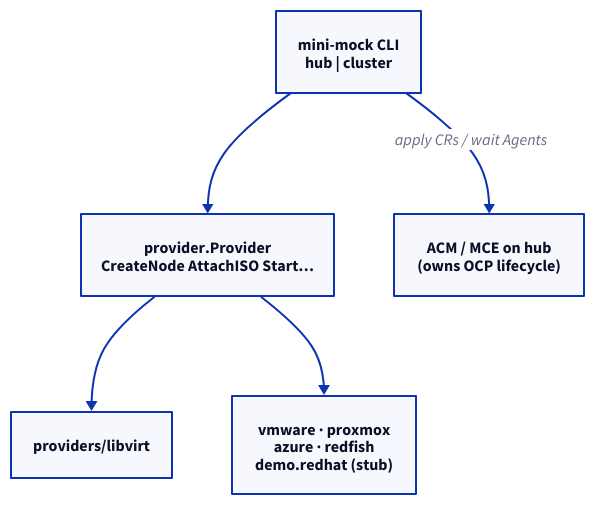
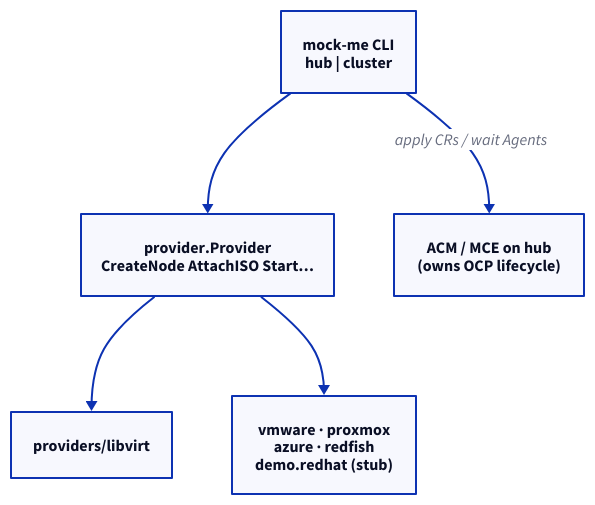
One commit to dasmlab/mini-acm changed the diagram in diagrams/architecture.d2. Above: the diagram before and after it, drawn with D2. The commit also changed 48 other files, not shown here.

First line of the commit message:
Rename product from mini-mock to mock-me.

```diff
--- a/diagrams/architecture.d2
+++ b/diagrams/architecture.d2
@@ -1,12 +1,12 @@
 direction: down
 
-cli: "mini-mock CLI\nhub | cluster"
+cli: "mock-me CLI\nhub | cluster"
 iface: "provider.Provider\nCreateNode AttachISO Start…"
 libvirt: "providers/libvirt"
 future: "vmware · proxmox\nazure · redfish\ndemo.redhat (stub)"
 acm: "ACM / MCE on hub\n(owns OCP lifecycle)"
 
 cli -> iface
 iface -> libvirt
 iface -> future
 cli -> acm: "apply CRs / wait Agents"
```
